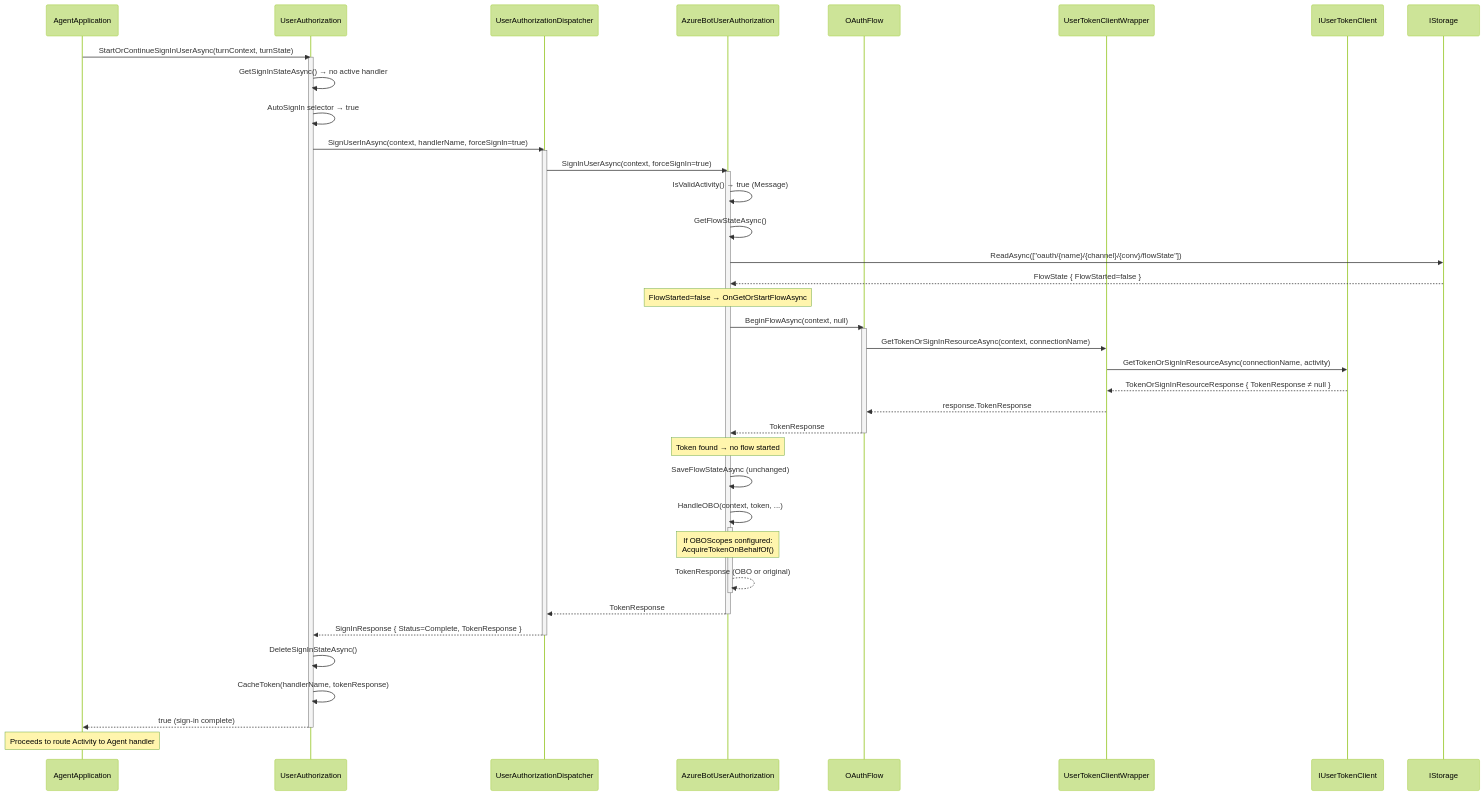
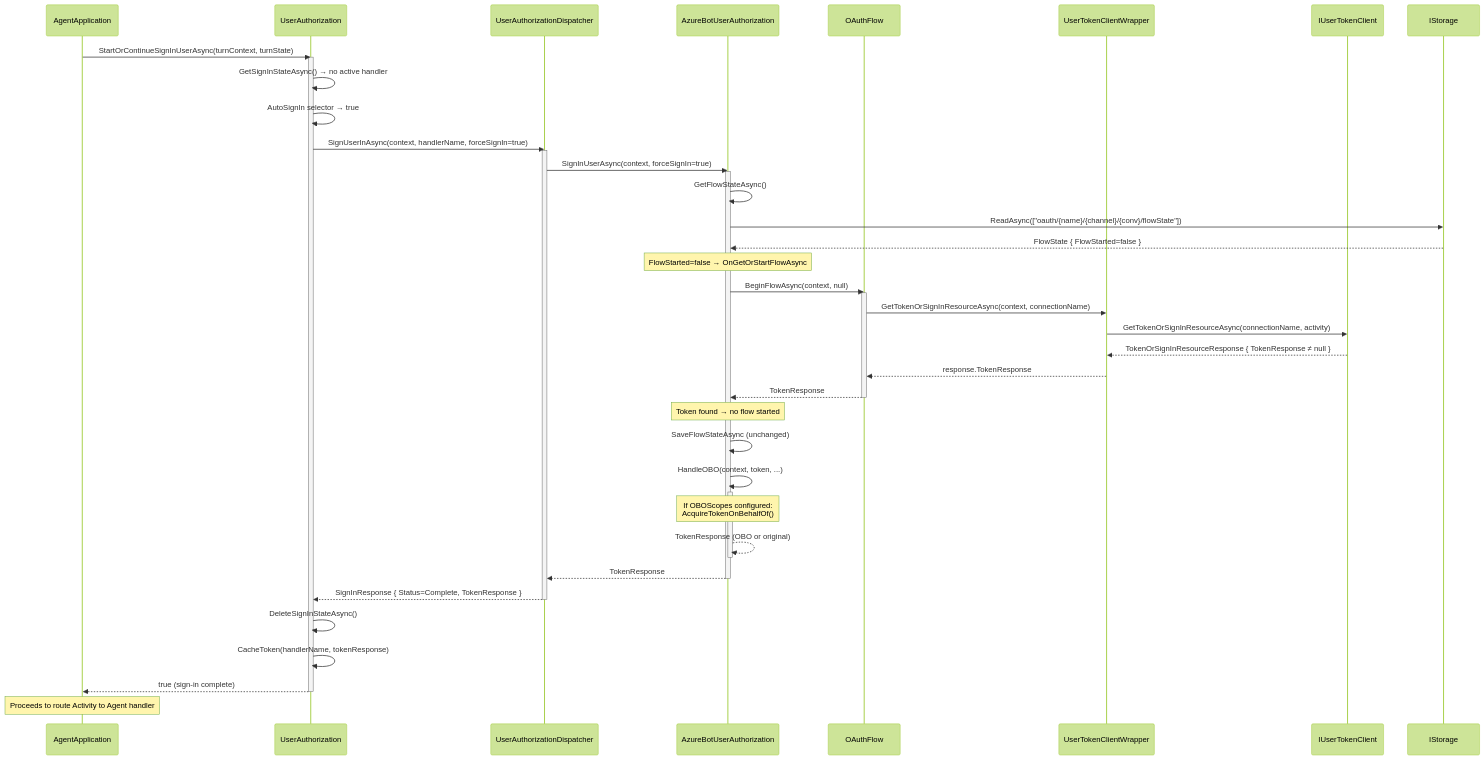
The first of 5 diagrams in docs/oauth-internal-sequence-diagram.md (microsoft/Agents-for-net), drawn with Mermaid (forest theme) before and after one commit. The commit also changed other lines of this file and 6 other files, not shown here.

Commit message:
docs: apply sequence diagram drift fixes from issue 929

````diff
--- a/docs/oauth-internal-sequence-diagram.md
+++ b/docs/oauth-internal-sequence-diagram.md
@@ -19,58 +19,57 @@
 ```mermaid
 sequenceDiagram
     participant App as AgentApplication
     participant UA as UserAuthorization
     participant Disp as UserAuthorizationDispatcher
     participant ABUA as AzureBotUserAuthorization
     participant Flow as OAuthFlow
     participant Wrapper as UserTokenClientWrapper
     participant Client as IUserTokenClient
     participant Storage as IStorage
 
     App->>UA: StartOrContinueSignInUserAsync(turnContext, turnState)
     activate UA
     UA->>UA: GetSignInStateAsync() → no active handler
     UA->>UA: AutoSignIn selector → true
 
     UA->>Disp: SignUserInAsync(context, handlerName, forceSignIn=true)
     activate Disp
     Disp->>ABUA: SignInUserAsync(context, forceSignIn=true)
     activate ABUA
 
-    ABUA->>ABUA: IsValidActivity() → true (Message)
     ABUA->>ABUA: GetFlowStateAsync()
     ABUA->>Storage: ReadAsync(["oauth/{name}/{channel}/{conv}/flowState"])
     Storage-->>ABUA: FlowState { FlowStarted=false }
 
     Note over ABUA: FlowStarted=false → OnGetOrStartFlowAsync
 
     ABUA->>Flow: BeginFlowAsync(context, null)
     activate Flow
     Flow->>Wrapper: GetTokenOrSignInResourceAsync(context, connectionName)
     Wrapper->>Client: GetTokenOrSignInResourceAsync(connectionName, activity)
     Client-->>Wrapper: TokenOrSignInResourceResponse { TokenResponse ≠ null }
     Wrapper-->>Flow: response.TokenResponse
     Flow-->>ABUA: TokenResponse
     deactivate Flow
 
     Note over ABUA: Token found → no flow started
 
     ABUA->>ABUA: SaveFlowStateAsync (unchanged)
     ABUA->>ABUA: HandleOBO(context, token, ...)
     activate ABUA
     Note over ABUA: If OBOScopes configured:<br/>AcquireTokenOnBehalfOf()
     ABUA-->>ABUA: TokenResponse (OBO or original)
     deactivate ABUA
 
     ABUA-->>Disp: TokenResponse
     deactivate ABUA
     Disp-->>UA: SignInResponse { Status=Complete, TokenResponse }
     deactivate Disp
 
     UA->>UA: DeleteSignInStateAsync()
     UA->>UA: CacheToken(handlerName, tokenResponse)
     UA-->>App: true (sign-in complete)
     deactivate UA
 
     Note over App: Proceeds to route Activity to Agent handler
 ```
````
